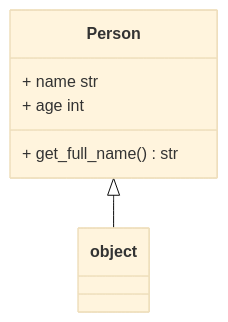
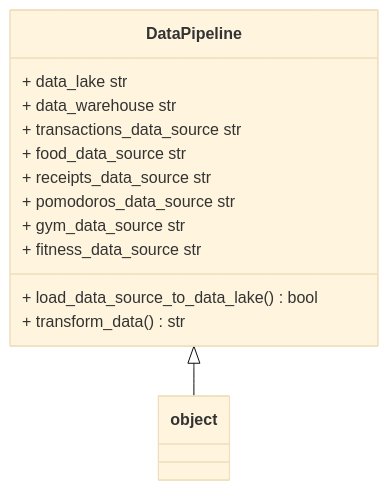
Before and after one commit to kesler20/draw-uml-backend: the diagram in output/design_doc.md, drawn with Mermaid (base theme). The commit also changed 16 other files, not shown here.

````diff
--- a/output/design_doc.md
+++ b/output/design_doc.md
@@ -3,7 +3,14 @@
 ```mermaid
 classDiagram
-   Person <|-- object
-   Person : + name str
-   Person : + age int
-   Person : + get_full_name() str
+   DataPipeline <|-- object
+   DataPipeline : + data_lake str
+   DataPipeline : + data_warehouse str
+   DataPipeline : + transactions_data_source str
+   DataPipeline : + food_data_source str
+   DataPipeline : + receipts_data_source str
+   DataPipeline : + pomodoros_data_source str
+   DataPipeline : + gym_data_source str
+   DataPipeline : + fitness_data_source str
+   DataPipeline : + load_data_source_to_data_lake() bool
+   DataPipeline : + transform_data() str
 ```
````
